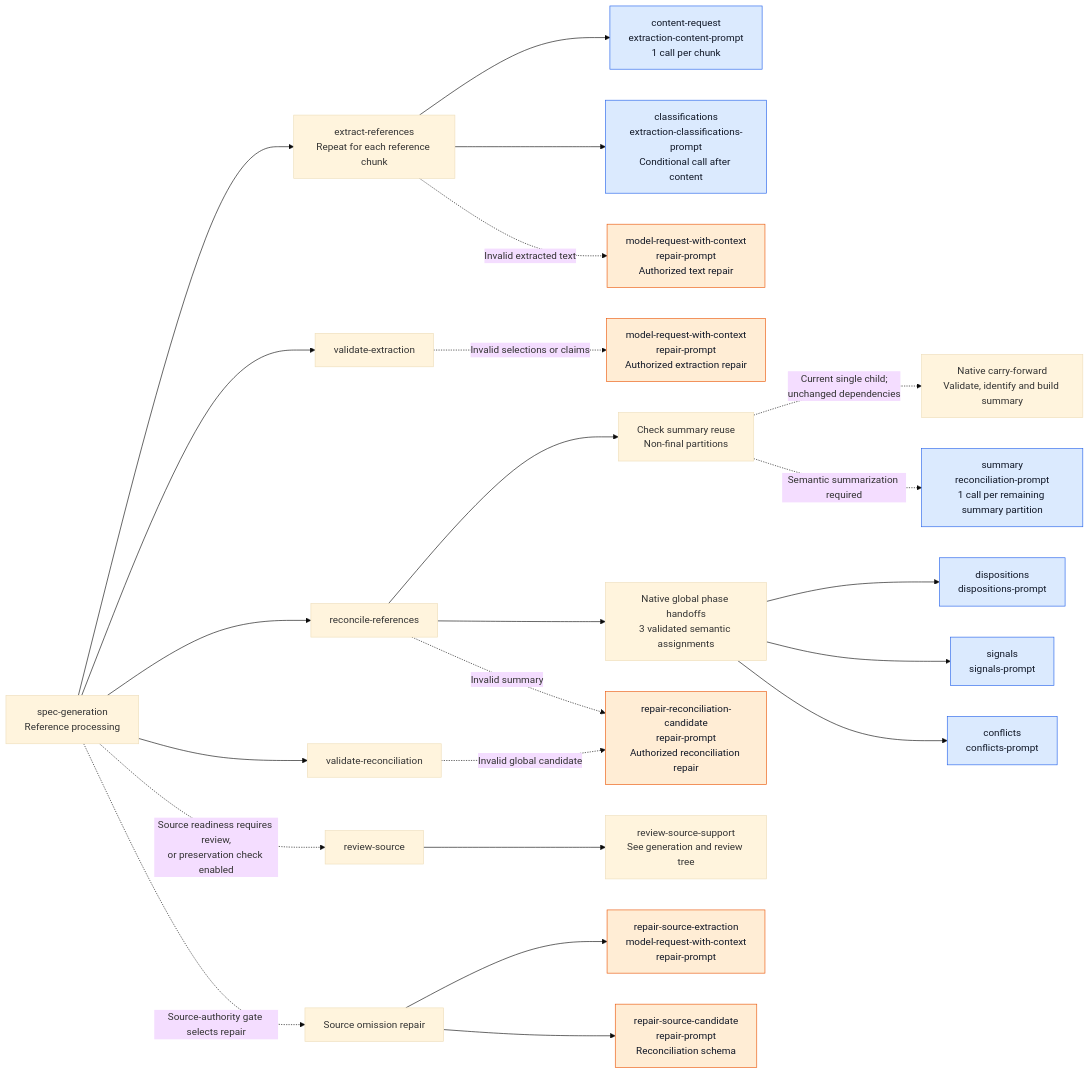
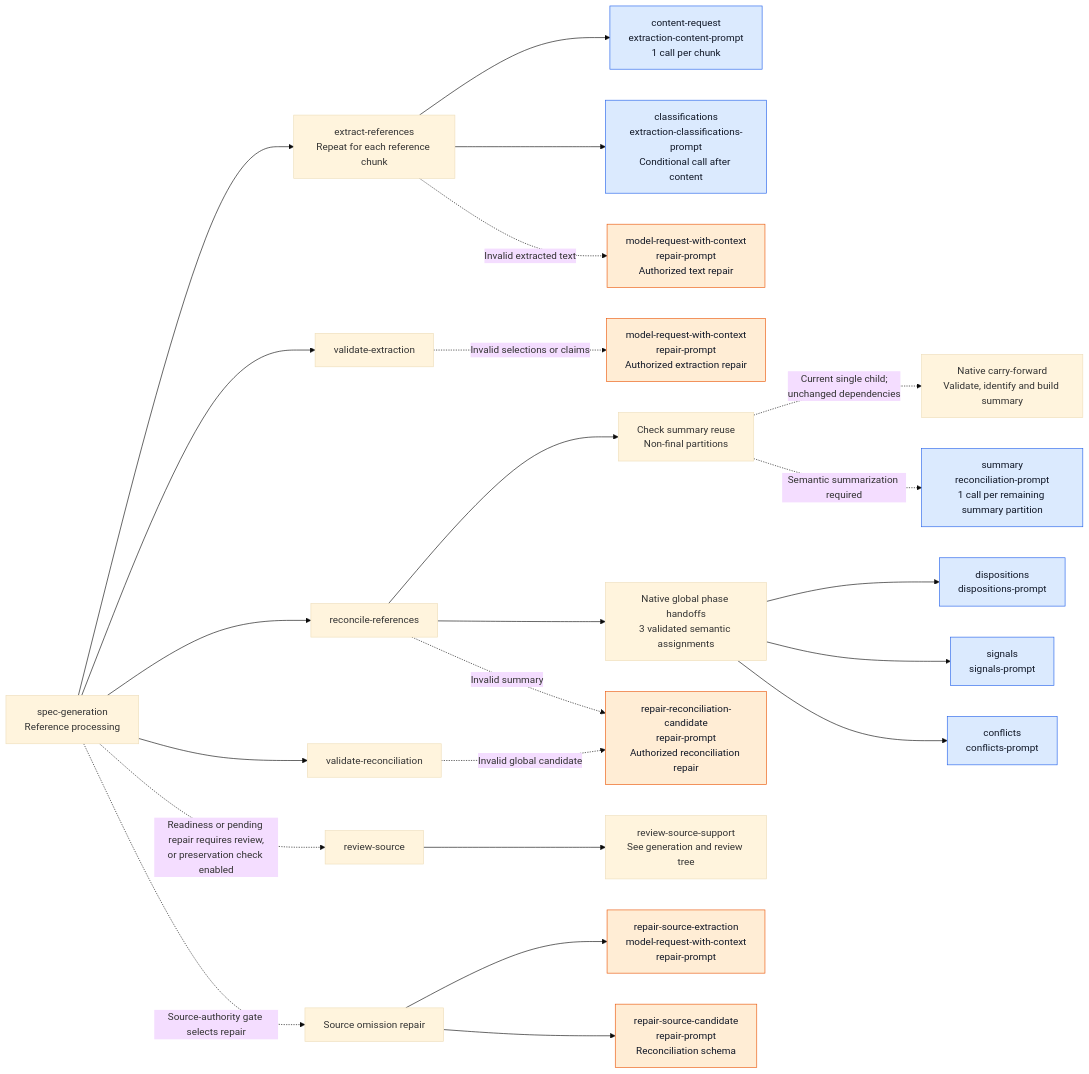
Before and after one commit to littledespot/sdde: the first of 3 diagrams in design/diagrams/21-spec-model-call-tree.md, drawn with Mermaid (base theme). The commit also changed other lines of this file and 85 other files, not shown here.

````diff
--- a/design/diagrams/21-spec-model-call-tree.md
+++ b/design/diagrams/21-spec-model-call-tree.md
@@ -22,35 +22,35 @@
 ```mermaid
 flowchart LR
     ROOT["spec-generation<br/>Reference processing"]
     ROOT --> EX["extract-references<br/>Repeat for each reference chunk"]
     EX --> CONTENT["content-request<br/>extraction-content-prompt<br/>1 call per chunk"]
     EX --> CLASSIFICATIONS["classifications<br/>extraction-classifications-prompt<br/>Conditional call after content"]
     EX -. "Invalid extracted text" .-> TEXT_REPAIR["model-request-with-context<br/>repair-prompt<br/>Authorized text repair"]
 
     ROOT --> VALIDATE_EX["validate-extraction"]
     VALIDATE_EX -. "Invalid selections or claims" .-> EX_REPAIR["model-request-with-context<br/>repair-prompt<br/>Authorized extraction repair"]
 
     ROOT --> RC["reconcile-references"]
     RC --> SUMMARY_ROUTE["Check summary reuse<br/>Non-final partitions"]
     SUMMARY_ROUTE -. "Current single child;<br/>unchanged dependencies" .-> SUMMARY_REUSE["Native carry-forward<br/>Validate, identify and build summary"]
     SUMMARY_ROUTE -. "Semantic summarization required" .-> SUMMARY["summary<br/>reconciliation-prompt<br/>1 call per remaining summary partition"]
     RC --> GLOBAL["Native global phase handoffs<br/>3 validated semantic assignments"]
     GLOBAL --> DISPOSITIONS["dispositions<br/>dispositions-prompt"]
     GLOBAL --> SIGNALS["signals<br/>signals-prompt"]
     GLOBAL --> CONFLICTS["conflicts<br/>conflicts-prompt"]
     RC -. "Invalid summary" .-> RC_REPAIR["repair-reconciliation-candidate<br/>repair-prompt<br/>Authorized reconciliation repair"]
 
     ROOT --> VALIDATE_RC["validate-reconciliation"]
     VALIDATE_RC -. "Invalid global candidate" .-> RC_REPAIR
 
-    ROOT -. "Source readiness requires review,<br/>or preservation check enabled" .-> SOURCE["review-source"]
+    ROOT -. "Readiness or pending repair requires review,<br/>or preservation check enabled" .-> SOURCE["review-source"]
     SOURCE --> SUPPORT["review-source-support<br/>See generation and review tree"]
     ROOT -. "Source-authority gate selects repair" .-> UPSTREAM["Source omission repair"]
     UPSTREAM --> SOURCE_EX["repair-source-extraction<br/>model-request-with-context<br/>repair-prompt"]
     UPSTREAM --> SOURCE_RC["repair-source-candidate<br/>repair-prompt<br/>Reconciliation schema"]
 
     classDef model fill:#dbeafe,stroke:#2563eb,color:#111827;
     classDef repair fill:#ffedd5,stroke:#ea580c,color:#111827;
     class CONTENT,CLASSIFICATIONS,SUMMARY,DISPOSITIONS,SIGNALS,CONFLICTS model;
     class TEXT_REPAIR,EX_REPAIR,RC_REPAIR,SOURCE_EX,SOURCE_RC repair;
 ```
````
